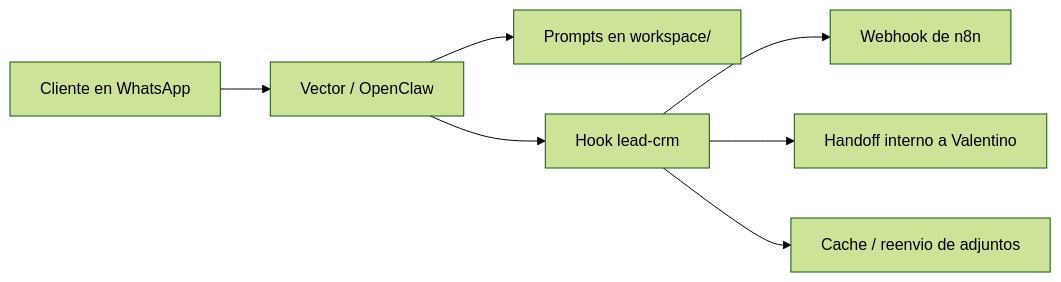
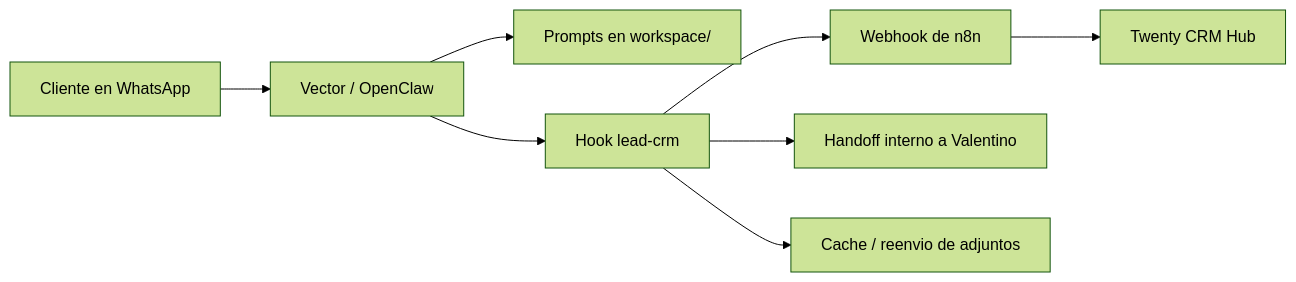
Before and after one commit to galfredev/vector-galfredev-bot: the diagram in README.md, drawn with Mermaid (forest theme). The commit also changed other lines of this file and 26 other files, not shown here.

````diff
--- a/README.md
+++ b/README.md
@@ -55,9 +56,10 @@
 ```mermaid
 flowchart LR
   A["Cliente en WhatsApp"] --> B["Vector / OpenClaw"]
   B --> C["Prompts en workspace/"]
   B --> D["Hook lead-crm"]
   D --> E["Webhook de n8n"]
+  E --> H["Twenty CRM Hub"]
   D --> F["Handoff interno a Valentino"]
   D --> G["Cache / reenvio de adjuntos"]
 ```
````
